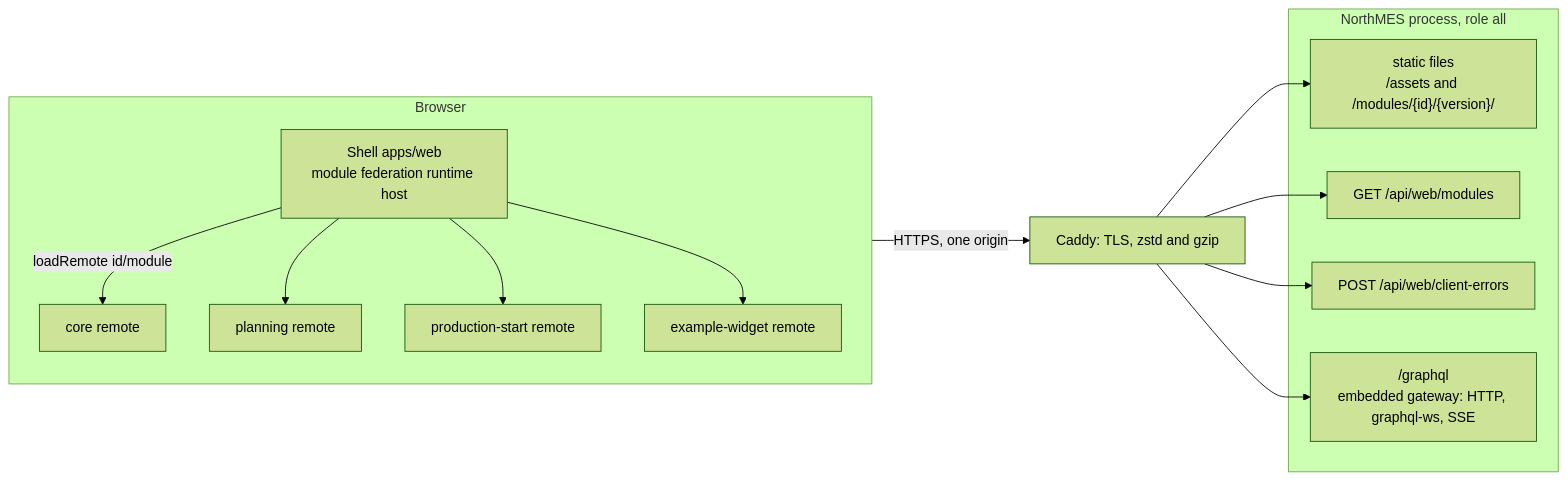
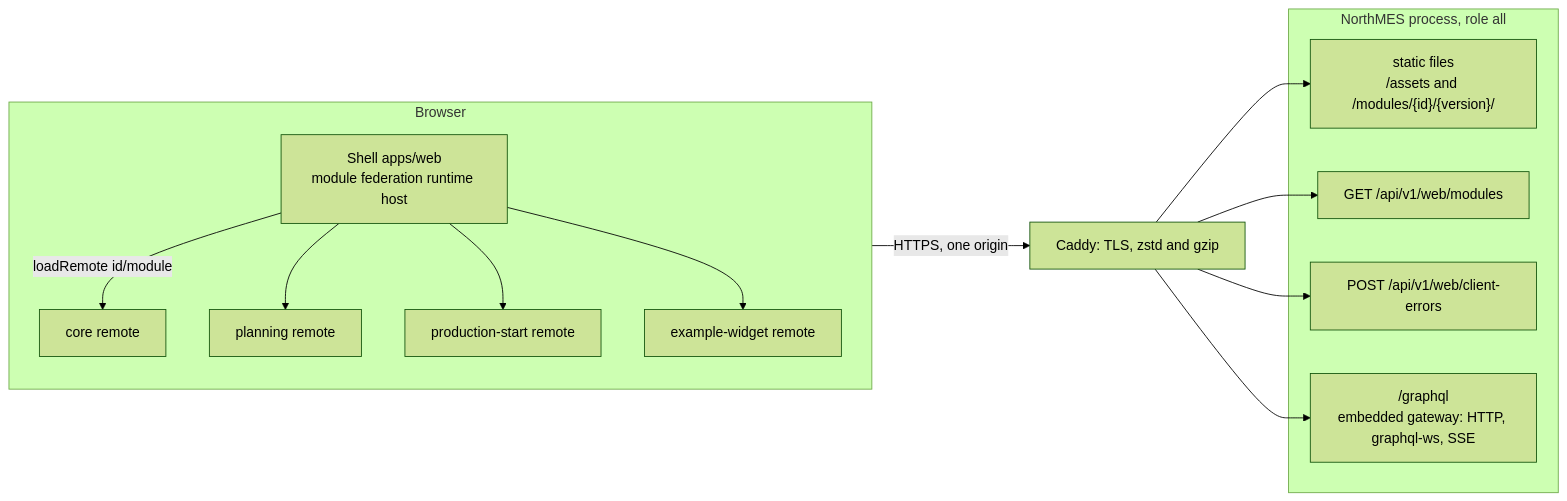
One commit to northMES/northmes changed the first of 4 diagrams in docs/plan/06-web-and-ux.md. Above: the diagram before and after it, drawn with Mermaid (forest theme). The commit also changed other lines of this file and 21 other files, not shown here.

````diff
--- a/docs/plan/06-web-and-ux.md
+++ b/docs/plan/06-web-and-ux.md
@@ -47,26 +48,26 @@
 ```mermaid
 flowchart LR
   subgraph Browser
     Shell["Shell apps/web<br/>module federation runtime host"]
     Core["core remote"]
     Planning["planning remote"]
     Station["production-start remote"]
     Widget["example-widget remote"]
     Shell -->|"loadRemote id/module"| Core
     Shell --> Planning
     Shell --> Station
     Shell --> Widget
   end
   subgraph Host["NorthMES process, role all"]
     Static["static files<br/>/assets and /modules/{id}/{version}/"]
-    List["GET /api/web/modules"]
-    Errors["POST /api/web/client-errors"]
+    List["GET /api/v1/web/modules"]
+    Errors["POST /api/v1/web/client-errors"]
     Gql["/graphql<br/>embedded gateway: HTTP, graphql-ws, SSE"]
   end
   Caddy["Caddy: TLS, zstd and gzip"]
   Browser -->|"HTTPS, one origin"| Caddy
   Caddy --> Static
   Caddy --> List
   Caddy --> Errors
   Caddy --> Gql
 ```
````
